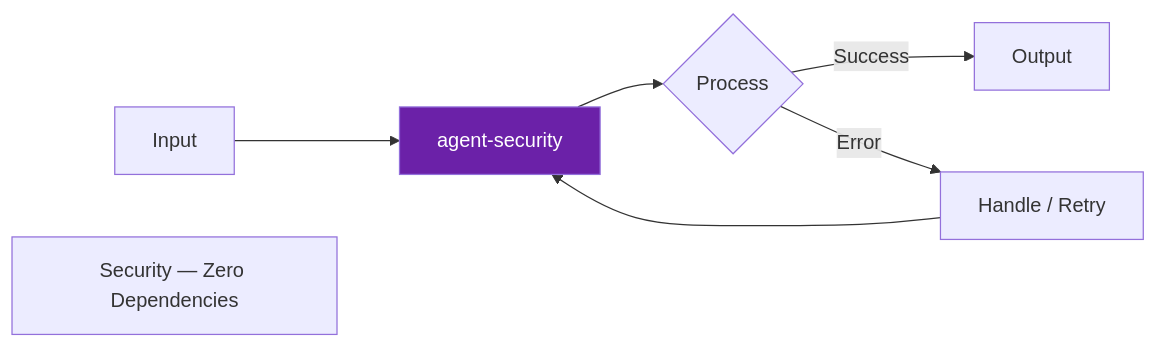
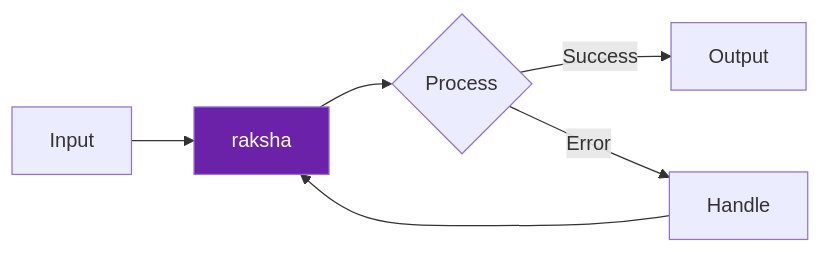
Before and after one commit to darshjme/agent-security: the diagram in README.md, drawn with Mermaid. The commit also changed other lines of this file and 1 other file, not shown here.

First line of the commit message:
feat(vedic-v3): rename to raksha (रक्षा)

````diff
--- a/README.md
+++ b/README.md
@@ -48,10 +39,9 @@
 ```mermaid
 flowchart LR
-    A[Input] --> B[agent-security]
+    A[Input] --> B[raksha]
     B --> C{Process}
     C -- Success --> D[Output]
-    C -- Error --> E[Handle / Retry]
+    C -- Error --> E[Handle]
     E --> B
     style B fill:#6b21a8,color:#fff
-    note["Security — Zero Dependencies"]
 ```
````
